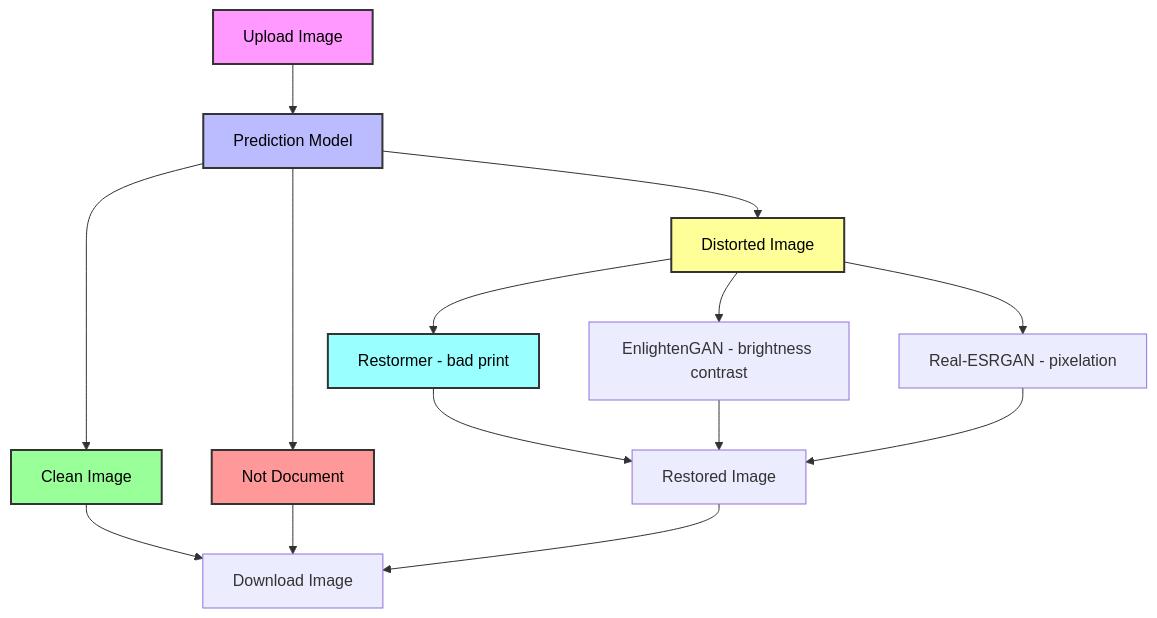
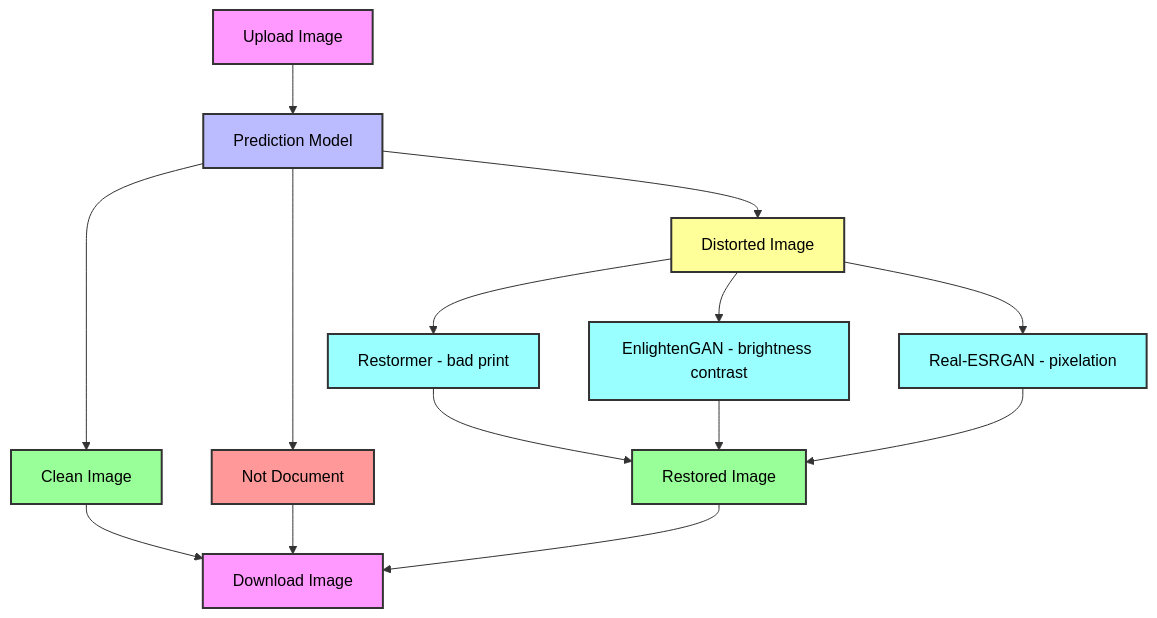
The diagram in README.md (kudriavtcevroman/Document_Restoration_Project), drawn with Mermaid before and after one commit. The commit also changed other lines of this file, not shown here.

````diff
--- a/README.md
+++ b/README.md
@@ -69,23 +53,27 @@
 ```mermaid
 graph TD;
     A[Upload Image] --> B[Prediction Model];
     B --> C[Distorted Image];
     B --> D[Clean Image];
     B --> E[Not Document];
     C --> F[Restormer - bad print];
     C --> G[EnlightenGAN - brightness contrast];
     C --> H[Real-ESRGAN - pixelation];
     F --> I[Restored Image];
     G --> I[Restored Image];
     H --> I[Restored Image];
     D --> J[Download Image];
     E --> J[Download Image];
     I --> J[Download Image];
 
     style A fill:#f9f,stroke:#333,color:#000,stroke-width:2px
     style B fill:#bbf,stroke:#333,color:#000,stroke-width:2px
     style C fill:#ff9,stroke:#333,color:#000,stroke-width:2px
     style D fill:#9f9,stroke:#333,color:#000,stroke-width:2px
     style E fill:#f99,stroke:#333,color:#000,stroke-width:2px
     style F fill:#9ff,stroke:#333,color:#000,stroke-width:2px
+    style G fill:#9ff,stroke:#333,color:#000,stroke-width:2px
+    style H fill:#9ff,stroke:#333,color:#000,stroke-width:2px
+    style I fill:#9f9,stroke:#333,color:#000,stroke-width:2px
+    style J fill:#f9f,stroke:#333,color:#000,stroke-width:2px
 ```
````
